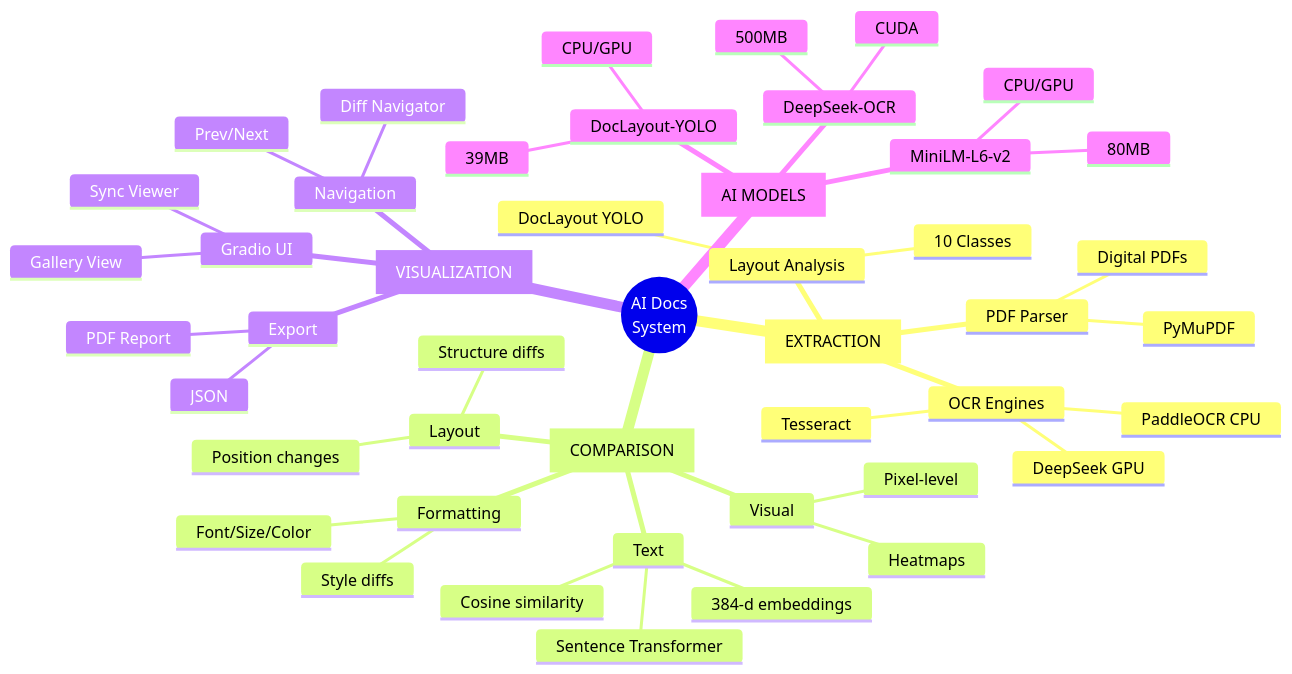
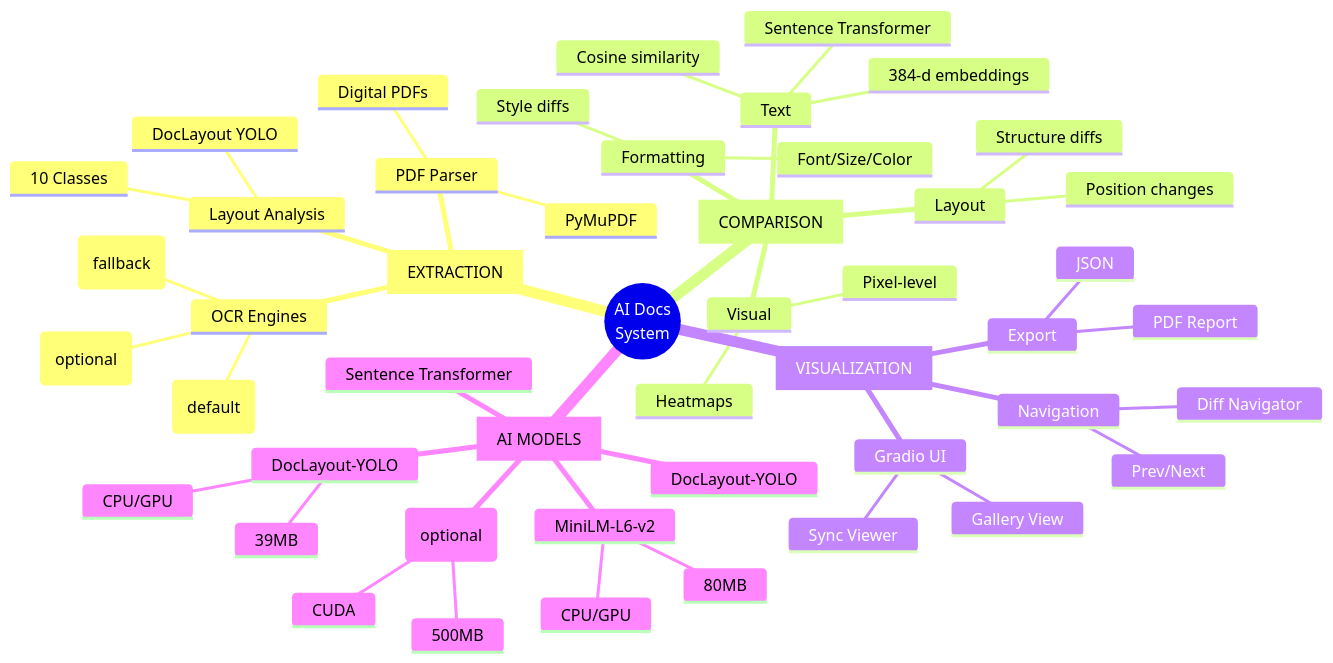
Before and after one commit to airidas23/-AI-Document-Comparison-System: the second of 7 diagrams in docs/pristatymas/santrauka_visual.md, drawn with Mermaid. The commit also changed other lines of this file and 4 other files, not shown here.

````diff
--- a/docs/pristatymas/santrauka_visual.md
+++ b/docs/pristatymas/santrauka_visual.md
@@ -82,49 +82,51 @@
 ```mermaid
 mindmap
   root((AI Docs<br/>System))
     [EXTRACTION]
       PDF Parser
         PyMuPDF
         Digital PDFs
       OCR Engines
-        DeepSeek GPU
-        PaddleOCR CPU
-        Tesseract
+        PaddleOCR (default)
+        Tesseract (fallback)
+        DeepSeek (optional)
       Layout Analysis
         DocLayout YOLO
         10 Classes
     [COMPARISON]
       Text
         Sentence Transformer
         384-d embeddings
         Cosine similarity
       Formatting
         Font/Size/Color
         Style diffs
       Layout
         Position changes
         Structure diffs
       Visual
         Pixel-level
         Heatmaps
     [VISUALIZATION]
       Gradio UI
         Gallery View
         Sync Viewer
       Navigation
         Diff Navigator
         Prev/Next
       Export
         JSON
         PDF Report
     [AI MODELS]
-      DeepSeek-OCR
+      Sentence Transformer
+      DocLayout-YOLO
+      DeepSeek-OCR (optional)
         500MB
         CUDA
       MiniLM-L6-v2
         80MB
         CPU/GPU
       DocLayout-YOLO
         39MB
         CPU/GPU
 ```
````
